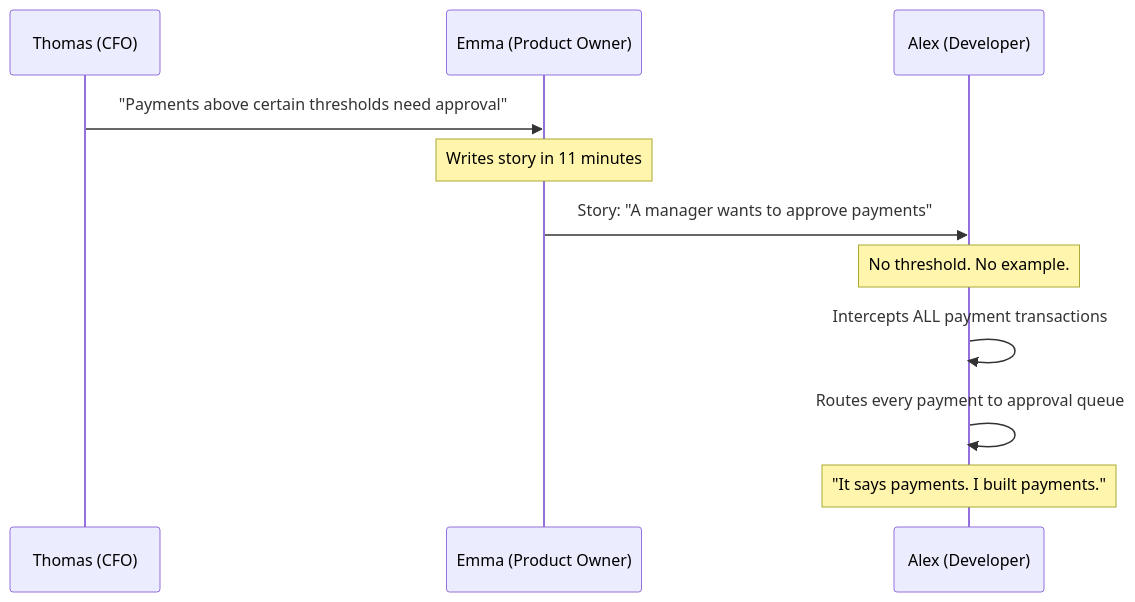
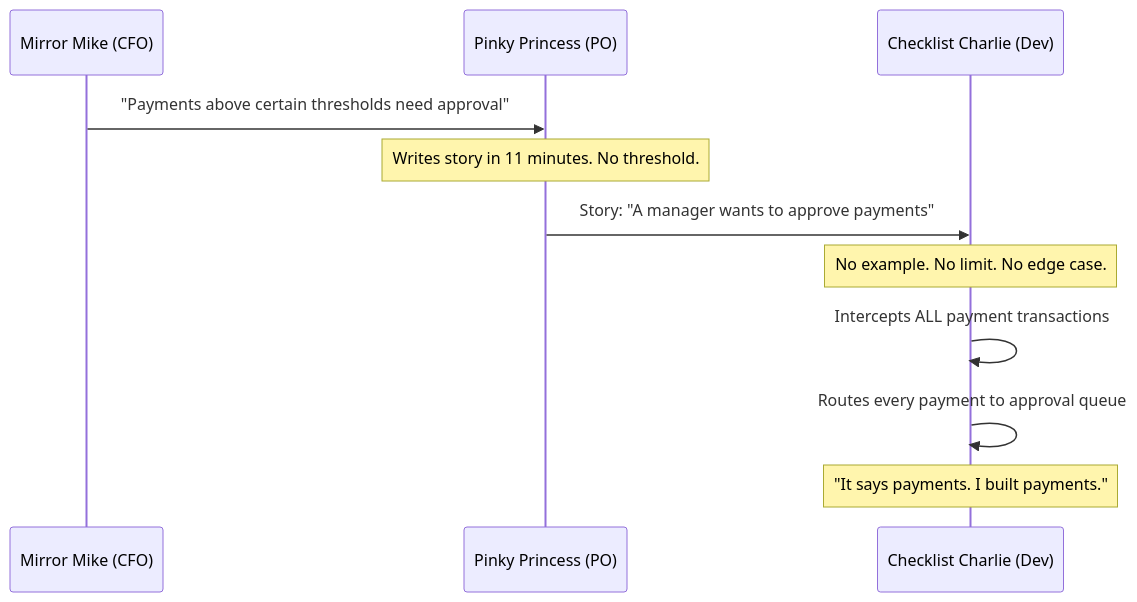
The diagram in fairy-doc-tales/02_mirror-stakeholder/01_mirror-stakeholder.md (truedoctales/truedoctales-4j), drawn with Mermaid before and after one commit. The commit also changed other lines of this file and 3 other files, not shown here.

````diff
--- a/fairy-doc-tales/02_mirror-stakeholder/01_mirror-stakeholder.md
+++ b/fairy-doc-tales/02_mirror-stakeholder/01_mirror-stakeholder.md
@@ -66,14 +66,14 @@
 ```mermaid
 sequenceDiagram
-    participant T as Thomas (CFO)
-    participant E as Emma (Product Owner)
-    participant A as Alex (Developer)
+    participant MM as Mirror Mike (CFO)
+    participant PP as Pinky Princess (PO)
+    participant CC as Checklist Charlie (Dev)
 
-    T->>E: "Payments above certain thresholds need approval"
-    Note over E: Writes story in 11 minutes
-    E->>A: Story: "A manager wants to approve payments"
-    Note over A: No threshold. No example.
-    A->>A: Intercepts ALL payment transactions
-    A->>A: Routes every payment to approval queue
-    Note over A: "It says payments. I built payments."
+    MM->>PP: "Payments above certain thresholds need approval"
+    Note over PP: Writes story in 11 minutes. No threshold.
+    PP->>CC: Story: "A manager wants to approve payments"
+    Note over CC: No example. No limit. No edge case.
+    CC->>CC: Intercepts ALL payment transactions
+    CC->>CC: Routes every payment to approval queue
+    Note over CC: "It says payments. I built payments."
 ```
````
